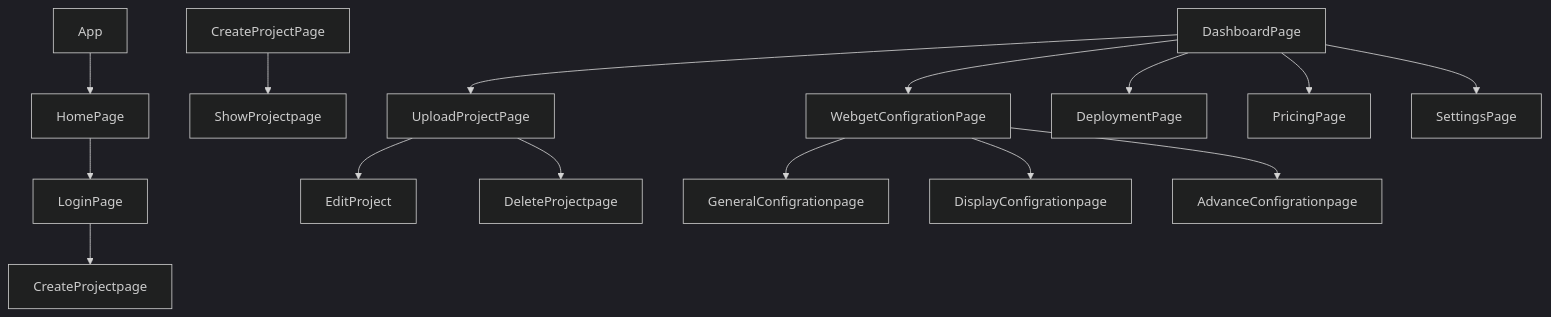
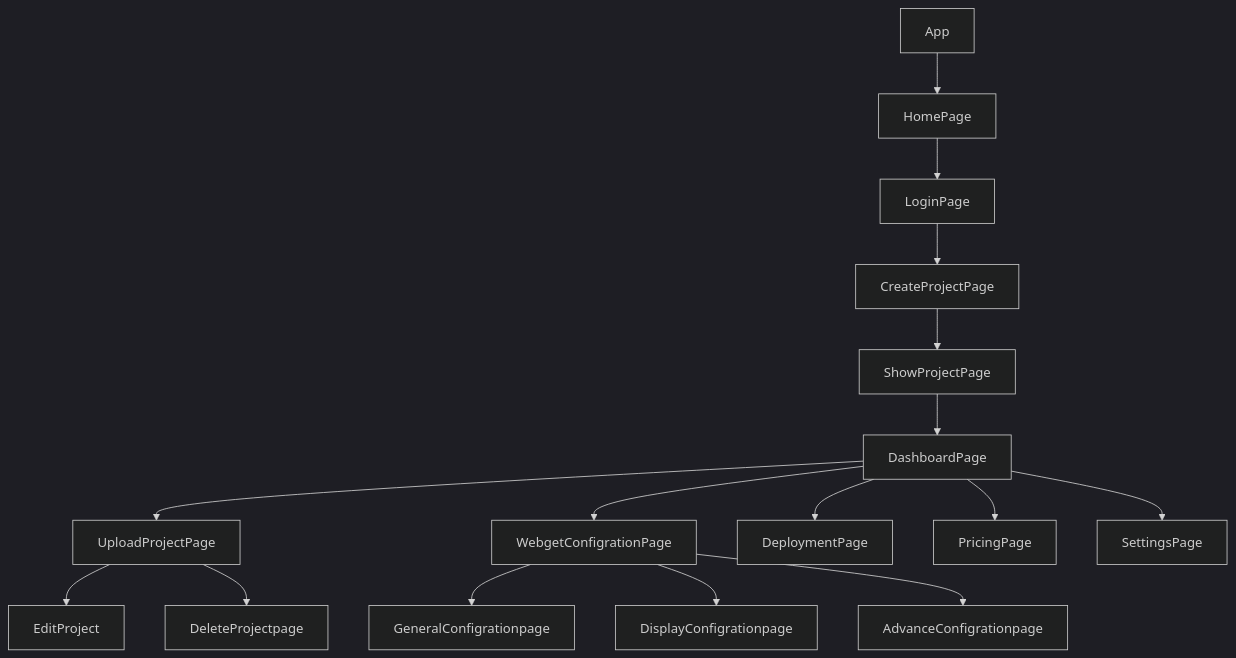
One commit to shikhu51197/zuraventureAssign changed the diagram in README.md. Above: the diagram before and after it, drawn with Mermaid (dark theme). The commit also changed other lines of this file, not shown here.

````diff
--- a/README.md
+++ b/README.md
@@ -86,18 +111,19 @@
 ```mermaid
 graph TD;
  App-->HomePage
 HomePage-->LoginPage
-LoginPage--> CreateProjectpage
-CreateProjectPage--> ShowProjectpage
+LoginPage--> CreateProjectPage
+CreateProjectPage--> ShowProjectPage
+ShowProjectPage-->DashboardPage
 DashboardPage-->UploadProjectPage
 DashboardPage--> WebgetConfigrationPage
 DashboardPage-->DeploymentPage
 DashboardPage--> PricingPage
 DashboardPage-->SettingsPage
 UploadProjectPage--> EditProject
 UploadProjectPage--> DeleteProjectpage
 WebgetConfigrationPage--> GeneralConfigrationpage
 WebgetConfigrationPage--> DisplayConfigrationpage
 WebgetConfigrationPage--> AdvanceConfigrationpage
 
 ```
````
